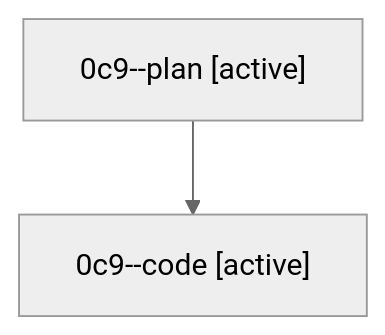
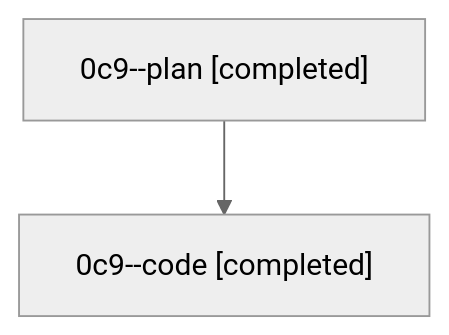
The diagram in families/bbugyi200.athena.0c9.md (bobs-org/bob-cli--agents), drawn with Mermaid (neutral theme) before and after one commit. The commit also changed other lines of this file and 46 other files, not shown here.

````diff
--- a/families/bbugyi200.athena.0c9.md
+++ b/families/bbugyi200.athena.0c9.md
@@ -9,6 +9,6 @@
 ```mermaid
 flowchart TD
-  n0["0c9--plan [active]"]
-  n1["0c9--code [active]"]
+  n0["0c9--plan [completed]"]
+  n1["0c9--code [completed]"]
   n0 --> n1
 ```
````
